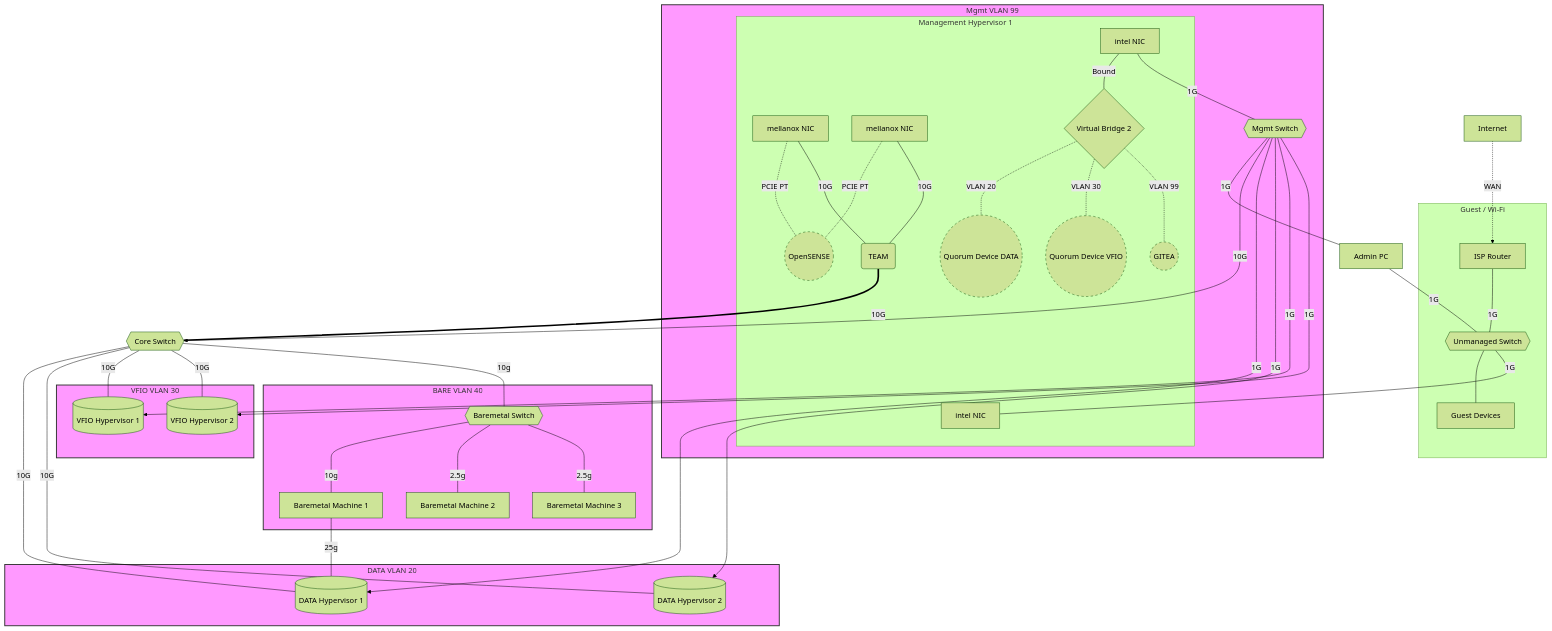
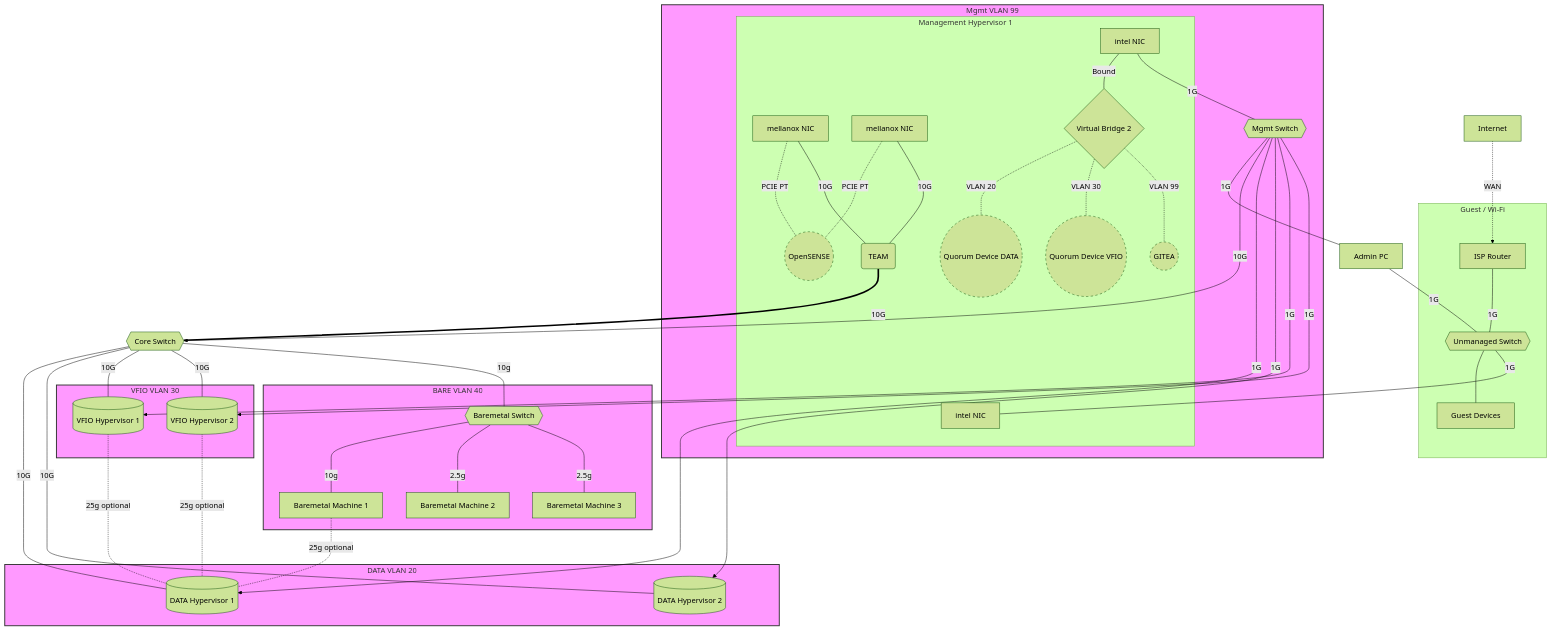
Before and after one commit to woeiru/lab: the diagram in alp/netop.md, drawn with Mermaid (forest theme).

Commit message:
alp/netop.md: add optional 25G connections for hypervisors

```diff
--- a/alp/netop.md
+++ b/alp/netop.md
@@ -42,9 +42,12 @@
     CS ---|"10G"| VH1[(VFIO Hypervisor 1)]
     CS ---|"10G"| VH2[(VFIO Hypervisor 2)]
 
+    VH1 -.-|"25g optional"| DH1
+    VH2 -.-|"25g optional"| DH1
+
     CS ---|"10g"| BMS{{Baremetal Switch}}
     BMS ---|"10g"| BM1[Baremetal Machine 1]
-    BM1 ---|"25g"| DH1
+    BM1 -.-|"25g optional"| DH1
     BMS ---|"2.5g"| BM2[Baremetal Machine 2]
     BMS ---|"2.5g"| BM3[Baremetal Machine 3]
 
```
